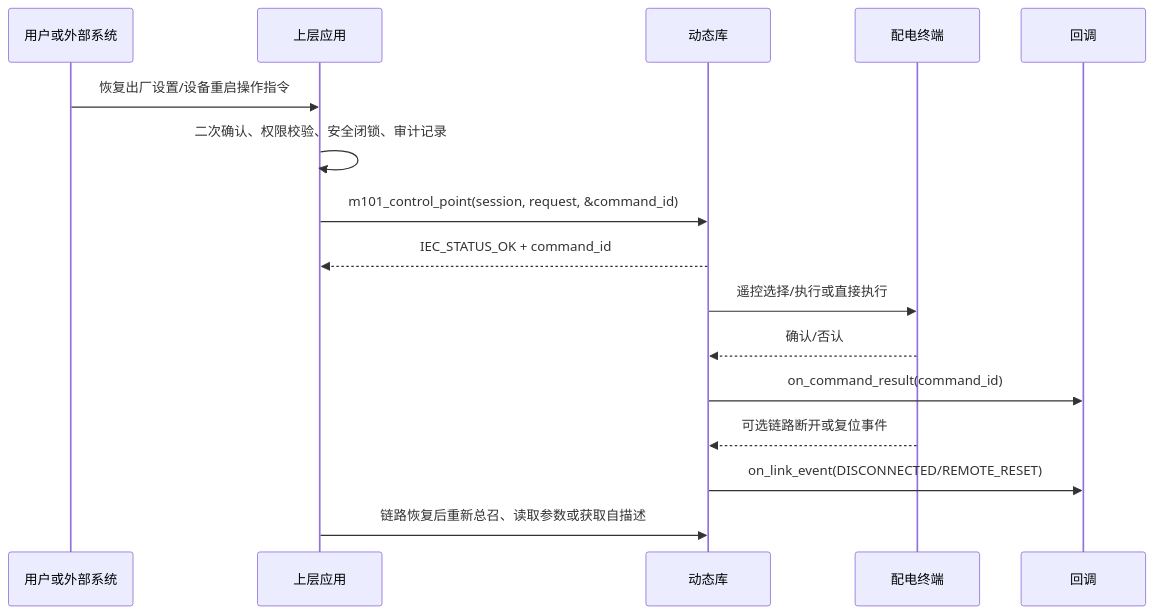
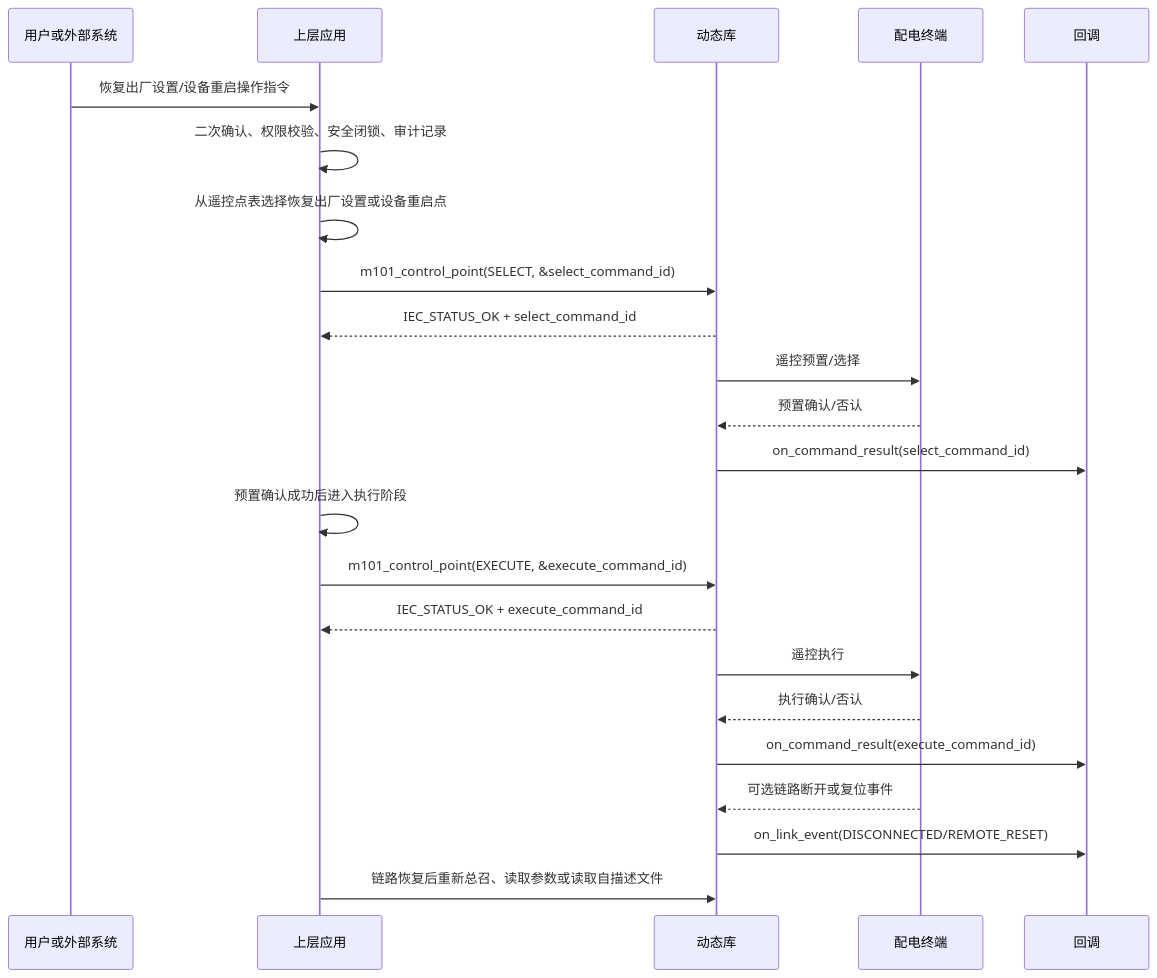
One commit to CcooLcyy/gw-protocol-sdk changed diagram 14 of 19 in doc/api/gw_protocol_sdk_api_design.md. Above: the diagram before and after it, drawn with Mermaid. The commit also changed other lines of this file and 5 other files, not shown here.

````diff
--- a/doc/api/gw_protocol_sdk_api_design.md
+++ b/doc/api/gw_protocol_sdk_api_design.md
@@ -2570,19 +2466,26 @@
 ```mermaid
 sequenceDiagram
     participant 指令 as 用户或外部系统
     participant 应用 as 上层应用
     participant 库 as 动态库
     participant 终端 as 配电终端
     participant 回调 as 回调
 
     指令->>应用: 恢复出厂设置/设备重启操作指令
     应用->>应用: 二次确认、权限校验、安全闭锁、审计记录
-    应用->>库: m101_control_point(session, request, &command_id)
-    库-->>应用: IEC_STATUS_OK + command_id
-    库->>终端: 遥控选择/执行或直接执行
-    终端-->>库: 确认/否认
-    库->>回调: on_command_result(command_id)
+    应用->>应用: 从遥控点表选择恢复出厂设置或设备重启点
+    应用->>库: m101_control_point(SELECT, &select_command_id)
+    库-->>应用: IEC_STATUS_OK + select_command_id
+    库->>终端: 遥控预置/选择
+    终端-->>库: 预置确认/否认
+    库->>回调: on_command_result(select_command_id)
+    应用->>应用: 预置确认成功后进入执行阶段
+    应用->>库: m101_control_point(EXECUTE, &execute_command_id)
+    库-->>应用: IEC_STATUS_OK + execute_command_id
+    库->>终端: 遥控执行
+    终端-->>库: 执行确认/否认
+    库->>回调: on_command_result(execute_command_id)
     终端-->>库: 可选链路断开或复位事件
     库->>回调: on_link_event(DISCONNECTED/REMOTE_RESET)
-    应用->>库: 链路恢复后重新总召、读取参数或获取自描述
+    应用->>库: 链路恢复后重新总召、读取参数或读取自描述文件
 ```
````
